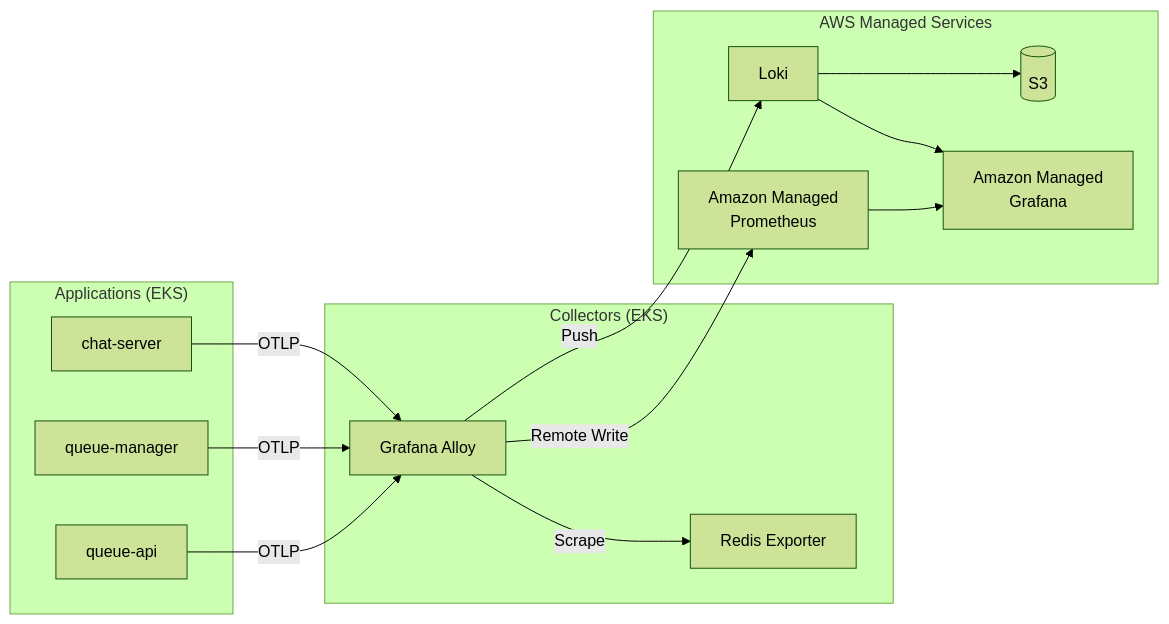
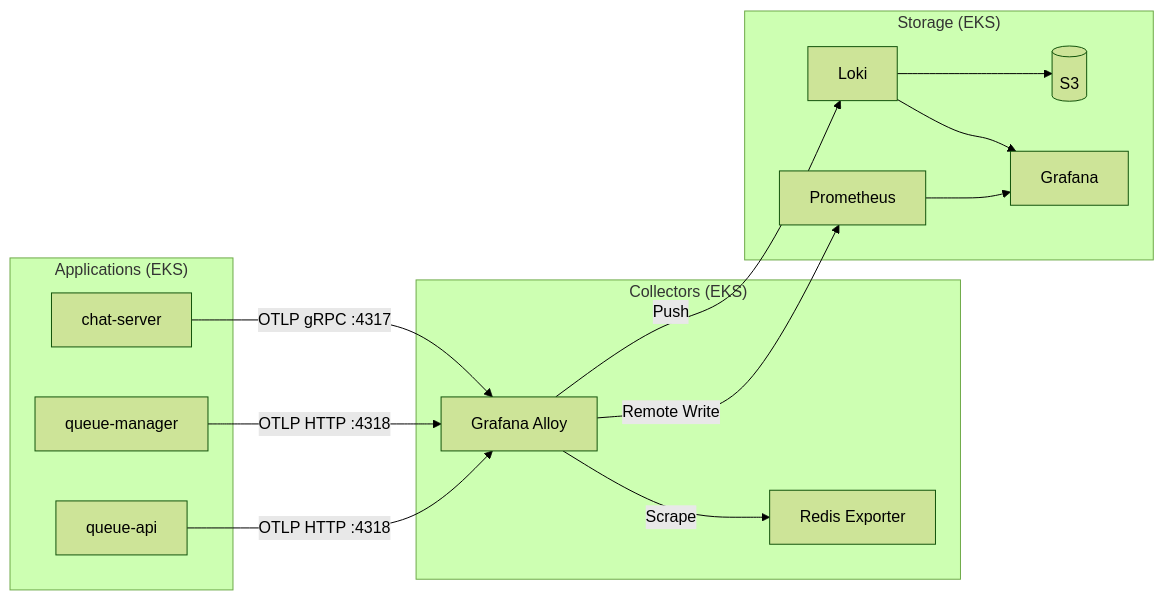
One commit to likelion-cloud-423/queue-infra changed the second of 3 diagrams in README.md. Above: the diagram before and after it, drawn with Mermaid (forest theme). The commit also changed other lines of this file and 1 other file, not shown here.

````diff
--- a/README.md
+++ b/README.md
@@ -205,25 +240,26 @@
 ```mermaid
 flowchart LR
     subgraph Apps["Applications (EKS)"]
         QA[queue-api]
         QM[queue-manager]
         CS[chat-server]
     end
 
     subgraph Collectors["Collectors (EKS)"]
         ALLOY[Grafana Alloy]
         RE[Redis Exporter]
     end
 
-    subgraph AWS["AWS Managed Services"]
-        AMP[Amazon Managed<br/>Prometheus]
+    subgraph Storage["Storage (EKS)"]
+        PROM[Prometheus]
         LOKI[Loki] --> S3[(S3)]
-        AMG[Amazon Managed<br/>Grafana]
+        GRAF[Grafana]
     end
 
-    QA & QM & CS -->|OTLP| ALLOY
+    QA & QM -->|OTLP HTTP :4318| ALLOY
+    CS -->|OTLP gRPC :4317| ALLOY
     ALLOY -->|Scrape| RE
-    ALLOY -->|Remote Write| AMP
+    ALLOY -->|Remote Write| PROM
     ALLOY -->|Push| LOKI
-    AMP & LOKI --> AMG
+    PROM & LOKI --> GRAF
 ```
````
